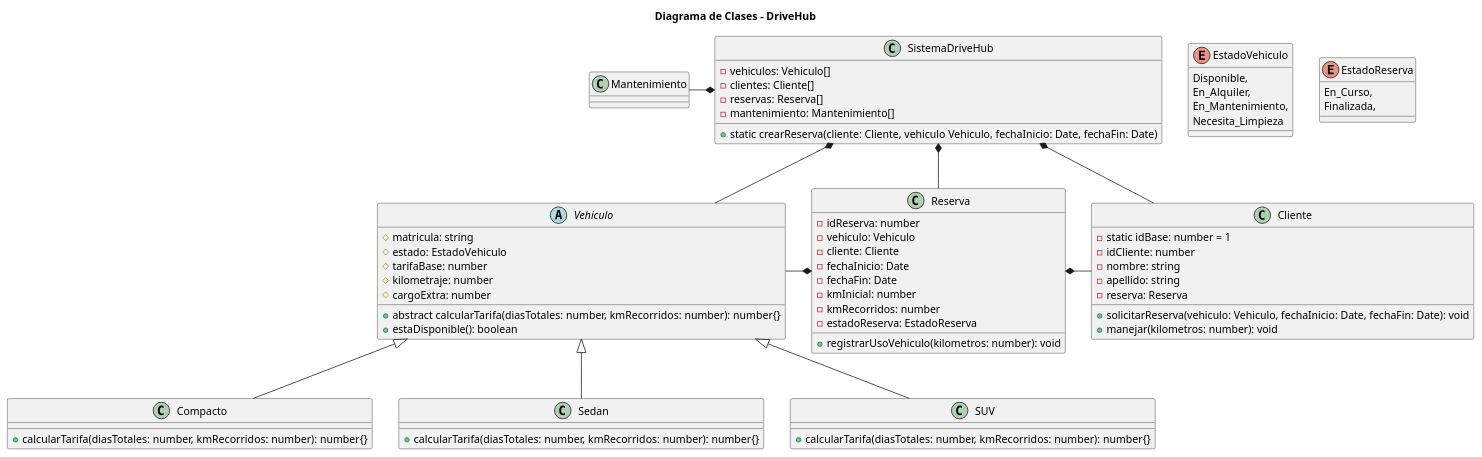
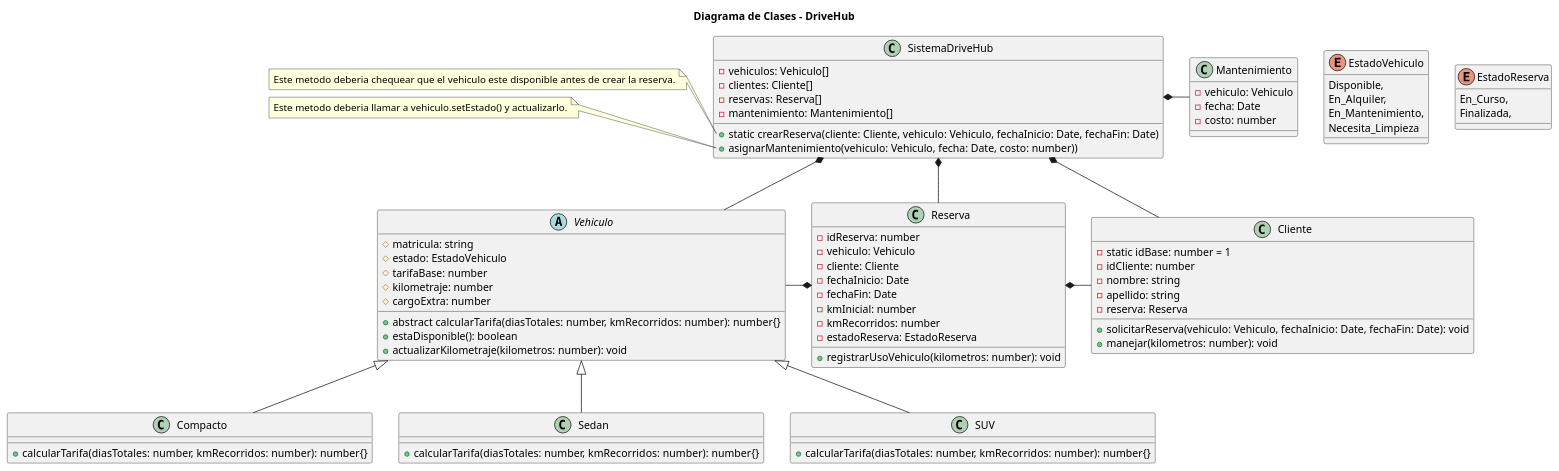
Before and after one commit to MatiasFernandez87/DriveHub_TP: the diagram in diagram/clases.puml, drawn with PlantUML.

Commit message:
Actualizacion UML

```diff
--- a/diagram/clases.puml
+++ b/diagram/clases.puml
@@ -1,86 +1,104 @@
 @startuml DriveHub
 
 ' El diagrama de clases es orientativo, podra sufrir cambios a medida que avance el proyecto.
 
 title Diagrama de Clases - DriveHub
 
 enum EstadoVehiculo {
     Disponible,
     En_Alquiler,
     En_Mantenimiento,
     Necesita_Limpieza
 }
 
 enum EstadoReserva{
     En_Curso,
     Finalizada,
 }
 
 abstract class Vehiculo {
     # matricula: string
     # estado: EstadoVehiculo
     # tarifaBase: number
     # kilometraje: number
     # cargoExtra: number
 
     + abstract calcularTarifa(diasTotales: number, kmRecorridos: number): number{}
     + estaDisponible(): boolean
+    + actualizarKilometraje(kilometros: number): void
 
 }
 
 class Compacto extends Vehiculo {
     + calcularTarifa(diasTotales: number, kmRecorridos: number): number{}
 }
 
 class Sedan extends Vehiculo {
     + calcularTarifa(diasTotales: number, kmRecorridos: number): number{}
 }
 
 class SUV extends Vehiculo {
     + calcularTarifa(diasTotales: number, kmRecorridos: number): number{}
 }
 
 class Cliente {
     - static idBase: number = 1
     - idCliente: number
     - nombre: string
     - apellido: string
     - reserva: Reserva
 
     + solicitarReserva(vehiculo: Vehiculo, fechaInicio: Date, fechaFin: Date): void
     + manejar(kilometros: number): void
     
 }
 
 class Reserva {
     - idReserva: number
     - vehiculo: Vehiculo
     - cliente: Cliente
     - fechaInicio: Date
     - fechaFin: Date
     - kmInicial: number
     - kmRecorridos: number
     - estadoReserva: EstadoReserva    
 
     + registrarUsoVehiculo(kilometros: number): void
 }
 
+class Mantenimiento {
+    - vehiculo: Vehiculo
+    - fecha: Date
+    - costo: number
+}
+
 class SistemaDriveHub {
     - vehiculos: Vehiculo[]
     - clientes: Cliente[]
     - reservas: Reserva[]
-    - mantenimiento: Mantenimiento[]
+    - mantenimiento: Mantenimiento[]    
 
-    + static crearReserva(cliente: Cliente, vehiculo Vehiculo, fechaInicio: Date, fechaFin: Date)
+    + static crearReserva(cliente: Cliente, vehiculo: Vehiculo, fechaInicio: Date, fechaFin: Date)        
+    + asignarMantenimiento(vehiculo: Vehiculo, fecha: Date, costo: number)) 
 
 }
+
+'notas
+note left of SistemaDriveHub::crearReserva
+    Este metodo deberia chequear que el vehiculo este disponible antes de crear la reserva.
+end note
+
+note left of SistemaDriveHub::asignarMantenimiento
+    Este metodo deberia llamar a vehiculo.setEstado() y actualizarlo.
+end note
+
 
 SistemaDriveHub *-- Vehiculo
 SistemaDriveHub *-- Cliente
 SistemaDriveHub *-- Reserva
-SistemaDriveHub *-l- Mantenimiento
+SistemaDriveHub *-r- Mantenimiento
 
 Reserva *-r- Cliente
 Reserva *-l- Vehiculo
 
 @enduml
```
